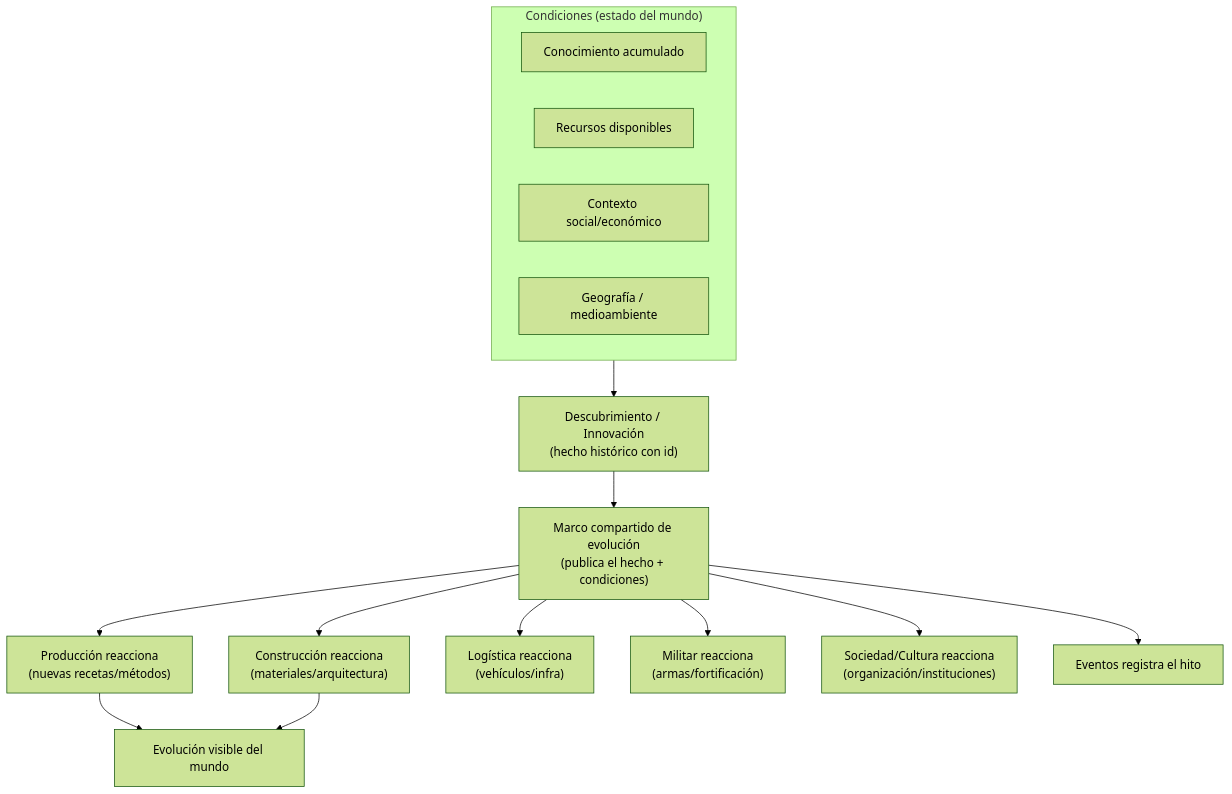
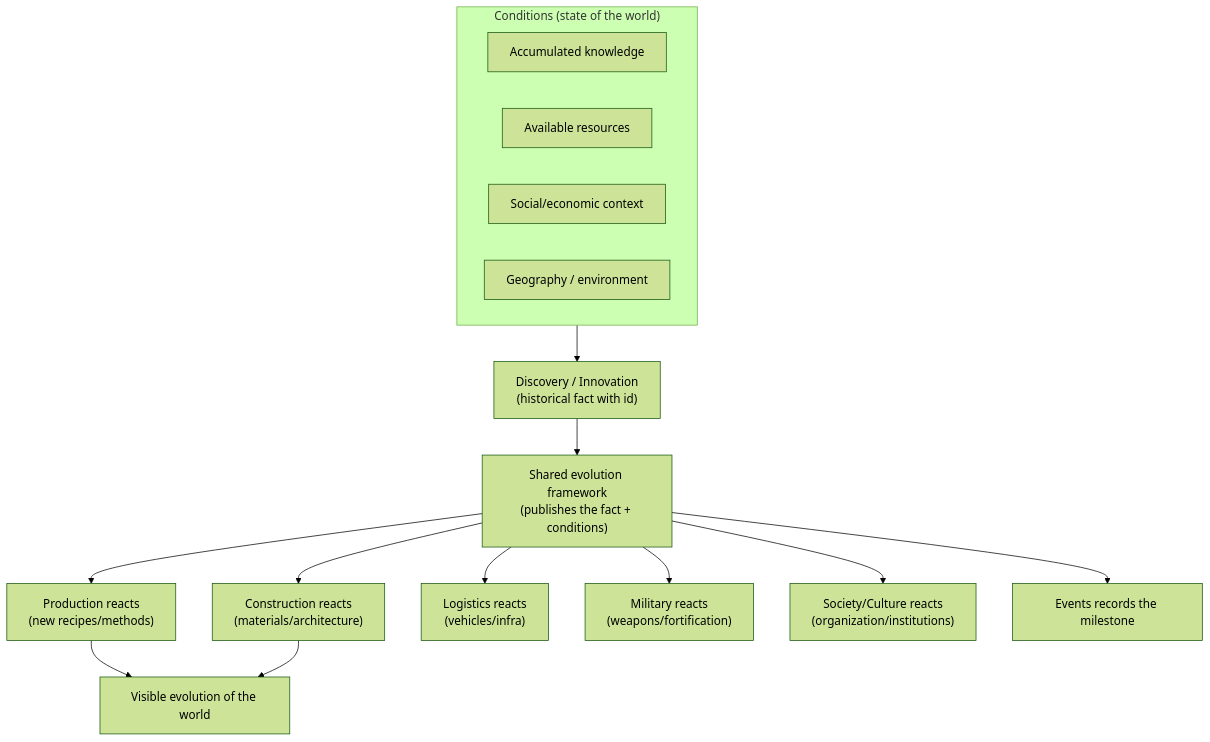
Before and after one commit to guidoalloatti/civilizations-evolution-doc: the diagram in HISTORICAL_EVOLUTION_FRAMEWORK.md, drawn with Mermaid (forest theme). The commit also changed other lines of this file and 47 other files, not shown here.

````diff
--- a/HISTORICAL_EVOLUTION_FRAMEWORK.md
+++ b/HISTORICAL_EVOLUTION_FRAMEWORK.md
@@ -16,19 +16,19 @@
 ```mermaid
 flowchart TB
-    subgraph COND["Condiciones (estado del mundo)"]
-        K["Conocimiento acumulado"]
-        R["Recursos disponibles"]
-        S["Contexto social/económico"]
-        G["Geografía / medioambiente"]
+    subgraph COND["Conditions (state of the world)"]
+        K["Accumulated knowledge"]
+        R["Available resources"]
+        S["Social/economic context"]
+        G["Geography / environment"]
     end
-    COND --> DISC["Descubrimiento / Innovación<br/>(hecho histórico con id)"]
-    DISC --> BUS["Marco compartido de evolución<br/>(publica el hecho + condiciones)"]
-    BUS --> PRODr["Producción reacciona<br/>(nuevas recetas/métodos)"]
-    BUS --> CONr["Construcción reacciona<br/>(materiales/arquitectura)"]
-    BUS --> LOGr["Logística reacciona<br/>(vehículos/infra)"]
-    BUS --> MILr["Militar reacciona<br/>(armas/fortificación)"]
-    BUS --> SOCr["Sociedad/Cultura reacciona<br/>(organización/instituciones)"]
-    BUS --> EVT["Eventos registra el hito"]
-    PRODr --> VIS["Evolución visible del mundo"]
+    COND --> DISC["Discovery / Innovation<br/>(historical fact with id)"]
+    DISC --> BUS["Shared evolution framework<br/>(publishes the fact + conditions)"]
+    BUS --> PRODr["Production reacts<br/>(new recipes/methods)"]
+    BUS --> CONr["Construction reacts<br/>(materials/architecture)"]
+    BUS --> LOGr["Logistics reacts<br/>(vehicles/infra)"]
+    BUS --> MILr["Military reacts<br/>(weapons/fortification)"]
+    BUS --> SOCr["Society/Culture reacts<br/>(organization/institutions)"]
+    BUS --> EVT["Events records the milestone"]
+    PRODr --> VIS["Visible evolution of the world"]
     CONr --> VIS
 ```
````
